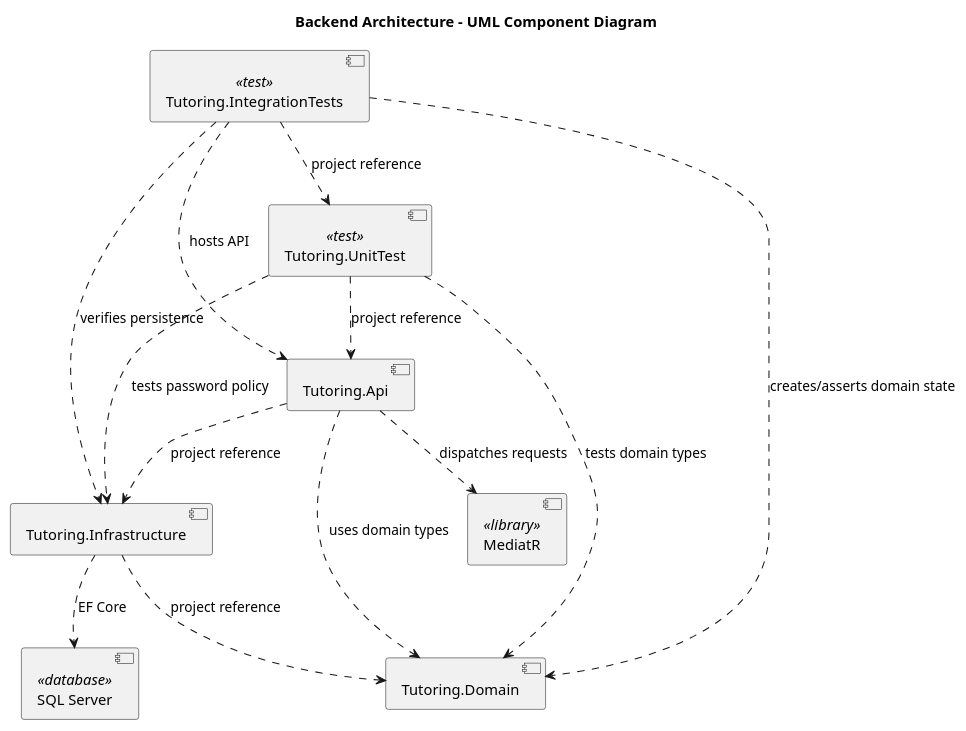
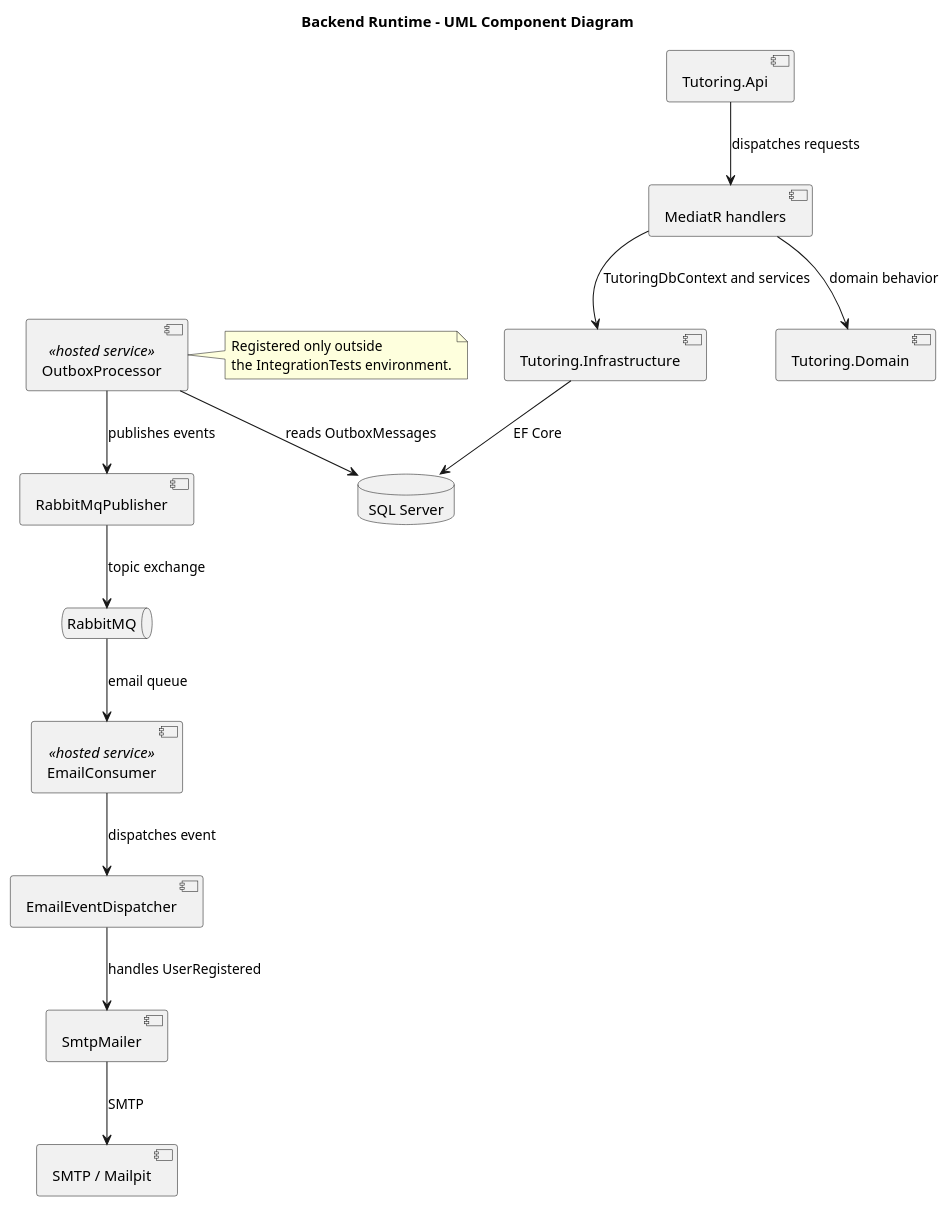
Before and after one commit to JStec0312/Tutoring-CRM-System: the diagram in docs/technical_docs/backend_docs/diagrams/backend_architecture.puml, drawn with PlantUML. The commit also changed 4 other files, not shown here.

```diff
--- a/docs/technical_docs/backend_docs/diagrams/backend_architecture.puml
+++ b/docs/technical_docs/backend_docs/diagrams/backend_architecture.puml
@@ -1,29 +1,36 @@
 @startuml backend_architecture
-title Backend Architecture - UML Component Diagram
+title Backend Runtime - UML Component Diagram
 
 skinparam componentStyle uml2
 skinparam shadowing false
 
 component "Tutoring.Api" as Api
+component "MediatR handlers" as Handlers
 component "Tutoring.Infrastructure" as Infrastructure
 component "Tutoring.Domain" as Domain
-component "Tutoring.UnitTest" as UnitTests <<test>>
-component "Tutoring.IntegrationTests" as IntegrationTests <<test>>
-component "MediatR" as MediatR <<library>>
-component "SQL Server" as SqlServer <<database>>
+component "OutboxProcessor" as OutboxProcessor <<hosted service>>
+component "RabbitMqPublisher" as Publisher
+component "EmailConsumer" as EmailConsumer <<hosted service>>
+component "EmailEventDispatcher" as Dispatcher
+component "SmtpMailer" as Mailer
+database "SQL Server" as SqlServer
+queue "RabbitMQ" as RabbitMq
+component "SMTP / Mailpit" as Smtp
 
-Api ..> Infrastructure : project reference
-Infrastructure ..> Domain : project reference
-Api ..> Domain : uses domain types
-Api ..> MediatR : dispatches requests
-Infrastructure ..> SqlServer : EF Core
+Api --> Handlers : dispatches requests
+Handlers --> Infrastructure : TutoringDbContext and services
+Handlers --> Domain : domain behavior
+Infrastructure --> SqlServer : EF Core
+OutboxProcessor --> SqlServer : reads OutboxMessages
+OutboxProcessor --> Publisher : publishes events
+Publisher --> RabbitMq : topic exchange
+RabbitMq --> EmailConsumer : email queue
+EmailConsumer --> Dispatcher : dispatches event
+Dispatcher --> Mailer : handles UserRegistered
+Mailer --> Smtp : SMTP
 
-UnitTests ..> Api : project reference
-UnitTests ..> Domain : tests domain types
-UnitTests ..> Infrastructure : tests password policy
-IntegrationTests ..> Api : hosts API
-IntegrationTests ..> Infrastructure : verifies persistence
-IntegrationTests ..> Domain : creates/asserts domain state
-IntegrationTests ..> UnitTests : project reference
-
+note right of OutboxProcessor
+Registered only outside
+the IntegrationTests environment.
+end note
 @enduml
```
